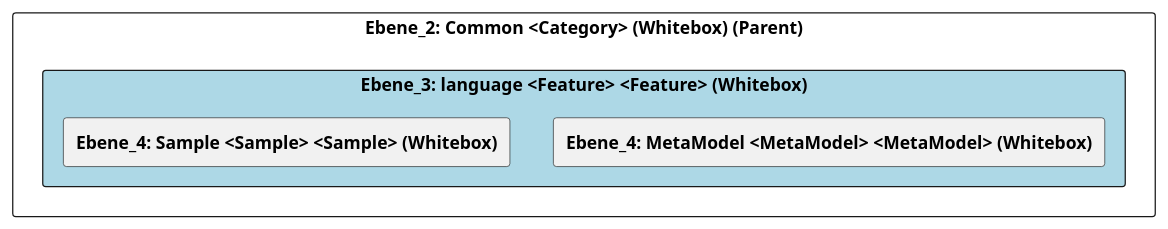
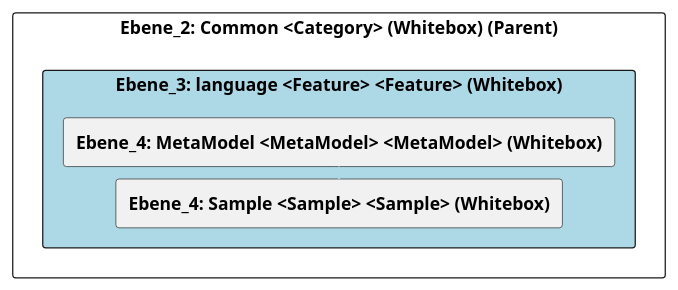
Before and after one commit to marcozwyssig/cleon: the diagram in doc/cleonproject_deliverables_architecture_model_architecture/adoc/de/05_bausteinsicht/cleon/common/language/ebene_3_language.adoc, drawn with PlantUML. The commit also changed other lines of this file and 214 other files, not shown here.

```diff
--- a/doc/cleonproject_deliverables_architecture_model_architecture/adoc/de/05_bausteinsicht/cleon/common/language/ebene_3_language.adoc
+++ b/doc/cleonproject_deliverables_architecture_model_architecture/adoc/de/05_bausteinsicht/cleon/common/language/ebene_3_language.adoc
@@ -20,25 +20,28 @@
 [plantuml, Ebene_3: language <Feature> <Feature> (Whitebox)BlockOverview, format="svg"]
 ----
 @startuml Ebene_3: language <Feature> <Feature> (Whitebox)BuildingBlockOverview
 
 skinparam ranksep 10
 skinparam componentStyle rectangle
 skinparam shadowing false
 skinparam arrowColor lightblue
 skinparam arrowThickness 1.2
 skinparam rectangle {
   BackgroundColor White
   BorderColor #333
   RoundCorner 10
 }
 top to bottom direction
 
 component "Ebene_2: Common <Category> (Whitebox) (Parent)" {
     component "Ebene_3: language <Feature> <Feature> (Whitebox)" #lightblue {
         [**Ebene_4: MetaModel <MetaModel> <MetaModel> (Whitebox)**] as 4A56B729_D579_11EE_903E_9F564E4DE07E
         [**Ebene_4: Sample <Sample> <Sample> (Whitebox)**] as 4A56DE4A_D579_11EE_903E_9F564E4DE07E
     }
+
+    4A56B729_D579_11EE_903E_9F564E4DE07E -down-> 4A56DE4A_D579_11EE_903E_9F564E4DE07E
+    
 }
 
 @enduml
 ----
```
